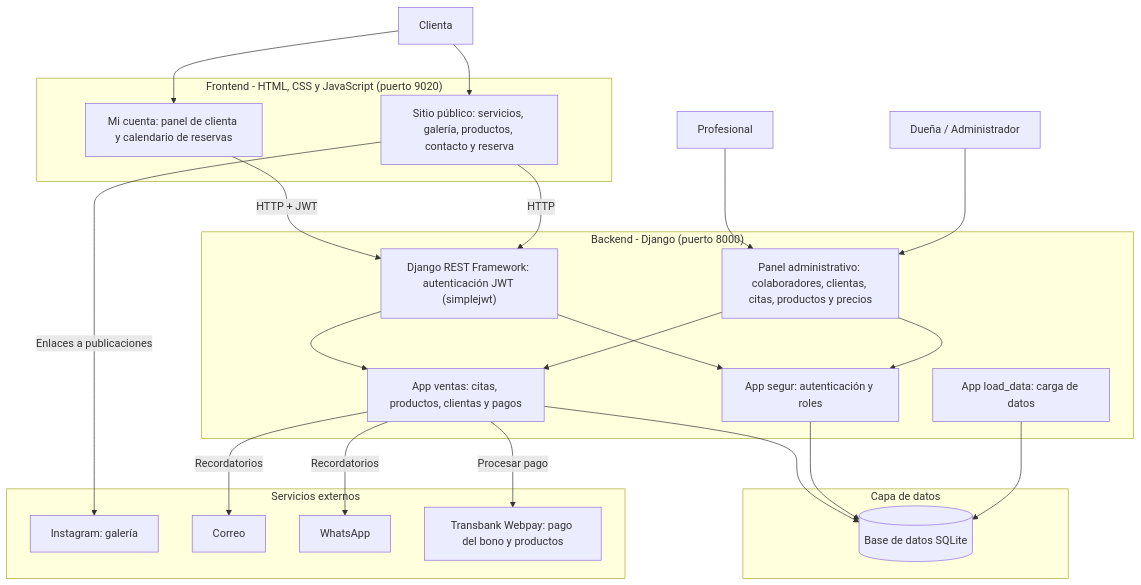
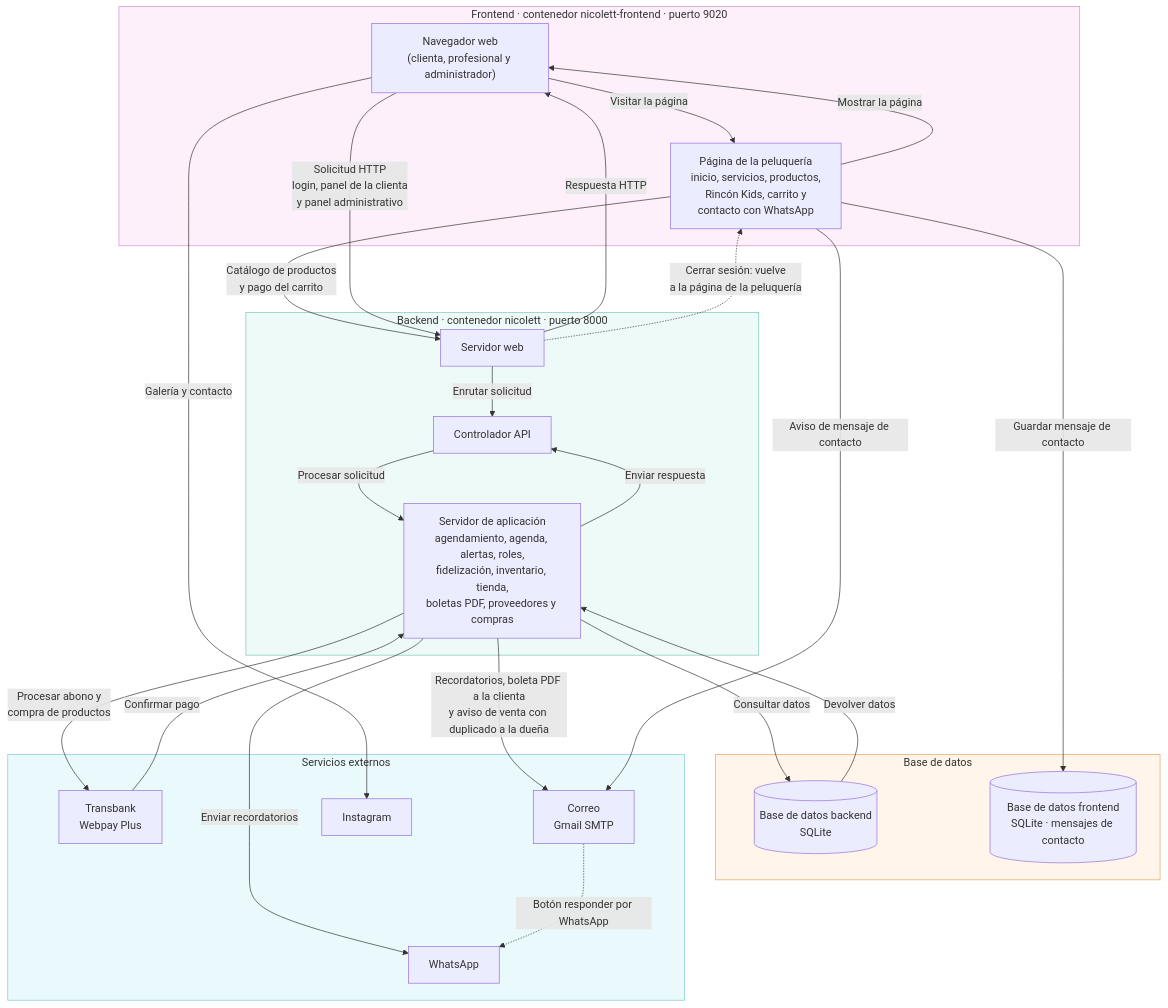
The diagram in FASE_2/README.md (CAROLEANDRWS1985/nicolett-studio-fantasy), drawn with Mermaid before and after one commit. The commit also changed other lines of this file and 28 other files, not shown here.

Commit message:
Boletas por correo con PDF, contacto por WhatsApp, cierre de sesion a la pagina principal, proveedores y compras, frontend en Docker y README actualizado

````diff
--- a/FASE_2/README.md
+++ b/FASE_2/README.md
@@ -112,48 +377,50 @@
 ```mermaid
-flowchart TD
-    Clienta[Clienta]
-    Profesional[Profesional]
-    Duena["Dueña / Administrador"]
-
-    subgraph Frontend["Frontend - HTML, CSS y JavaScript (puerto 9020)"]
-        MiCuenta["Mi cuenta: panel de clienta y calendario de reservas"]
-        Sitio["Sitio público: servicios, galería, productos, contacto y reserva"]
+flowchart TB
+    subgraph FRONTEND["Frontend · contenedor nicolett-frontend · puerto 9020"]
+        NAV["Navegador web<br/>(clienta, profesional y administrador)"]
+        PAG["Página de la peluquería<br/>inicio, servicios, productos,<br/>Rincón Kids, carrito y<br/>contacto con WhatsApp"]
     end
 
-    subgraph Backend["Backend - Django (puerto 8000)"]
-        API["Django REST Framework: autenticación JWT (simplejwt)"]
-        Panel["Panel administrativo: colaboradores, clientas, citas, productos y precios"]
-        Ventas["App ventas: citas, productos, clientas y pagos"]
-        Segur["App segur: autenticación y roles"]
-        Load["App load_data: carga de datos"]
+    subgraph BACKEND["Backend · contenedor nicolett · puerto 8000"]
+        SW["Servidor web"]
+        API["Controlador API"]
+        APP["Servidor de aplicación<br/>agendamiento, agenda, alertas, roles,<br/>fidelización, inventario, tienda,<br/>boletas PDF, proveedores y compras"]
     end
 
-    subgraph Externos["Servicios externos"]
-        Insta["Instagram: galería"]
-        Correo[Correo]
-        WhatsApp[WhatsApp]
-        Transbank["Transbank Webpay: pago del bono y productos"]
+    subgraph BD["Base de datos"]
+        DB[("Base de datos backend<br/>SQLite")]
+        DBF[("Base de datos frontend<br/>SQLite · mensajes de contacto")]
     end
 
-    subgraph Datos["Capa de datos"]
-        DB[("Base de datos SQLite")]
+    subgraph EXT["Servicios externos"]
+        TB["Transbank<br/>Webpay Plus"]
+        WA["WhatsApp"]
+        MAIL["Correo<br/>Gmail SMTP"]
+        IG["Instagram"]
     end
 
-    Clienta --> MiCuenta
-    Clienta --> Sitio
-    MiCuenta -->|HTTP + JWT| API
-    Sitio -->|HTTP| API
-    Sitio -->|Enlaces a publicaciones| Insta
-    Profesional --> Panel
-    Duena --> Panel
-    API --> Ventas
-    API --> Segur
-    Panel --> Ventas
-    Panel --> Segur
-    Ventas -->|Recordatorios| Correo
-    Ventas -->|Recordatorios| WhatsApp
-    Ventas -->|Procesar pago| Transbank
-    Ventas --> DB
-    Segur --> DB
-    Load --> DB
+    NAV -->|"Visitar la página"| PAG
+    PAG -->|"Mostrar la página"| NAV
+    PAG -->|"Catálogo de productos<br/>y pago del carrito"| SW
+    NAV -->|"Solicitud HTTP<br/>login, panel de la clienta<br/>y panel administrativo"| SW
+    SW -->|"Respuesta HTTP"| NAV
+    SW -.->|"Cerrar sesión: vuelve<br/>a la página de la peluquería"| PAG
+    SW -->|"Enrutar solicitud"| API
+    API -->|"Procesar solicitud"| APP
+    APP -->|"Enviar respuesta"| API
+    APP -->|"Consultar datos"| DB
+    DB -->|"Devolver datos"| APP
+    PAG -->|"Guardar mensaje de contacto"| DBF
+    APP -->|"Procesar abono y<br/>compra de productos"| TB
+    TB -->|"Confirmar pago"| APP
+    APP -->|"Enviar recordatorios"| WA
+    APP -->|"Recordatorios, boleta PDF a la clienta<br/>y aviso de venta con duplicado a la dueña"| MAIL
+    PAG -->|"Aviso de mensaje de contacto"| MAIL
+    MAIL -.->|"Botón responder por WhatsApp"| WA
+    NAV -->|"Galería y contacto"| IG
+
+    style FRONTEND fill:#fdf0fb,stroke:#d68fd6
+    style BACKEND fill:#eefaf8,stroke:#7cc7bb
+    style BD fill:#fff5ea,stroke:#e8a35c
+    style EXT fill:#eafafc,stroke:#7cc9d6
 ```
````
